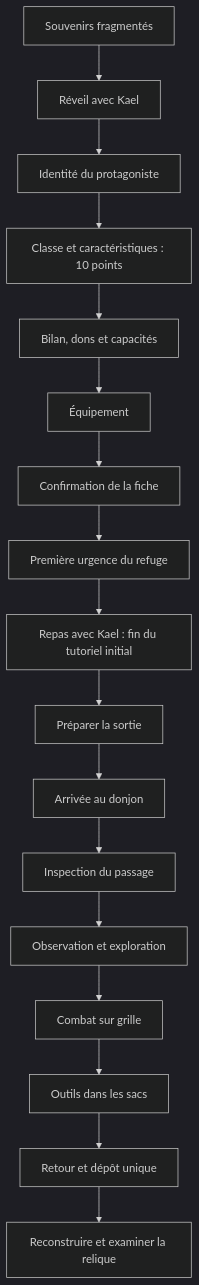
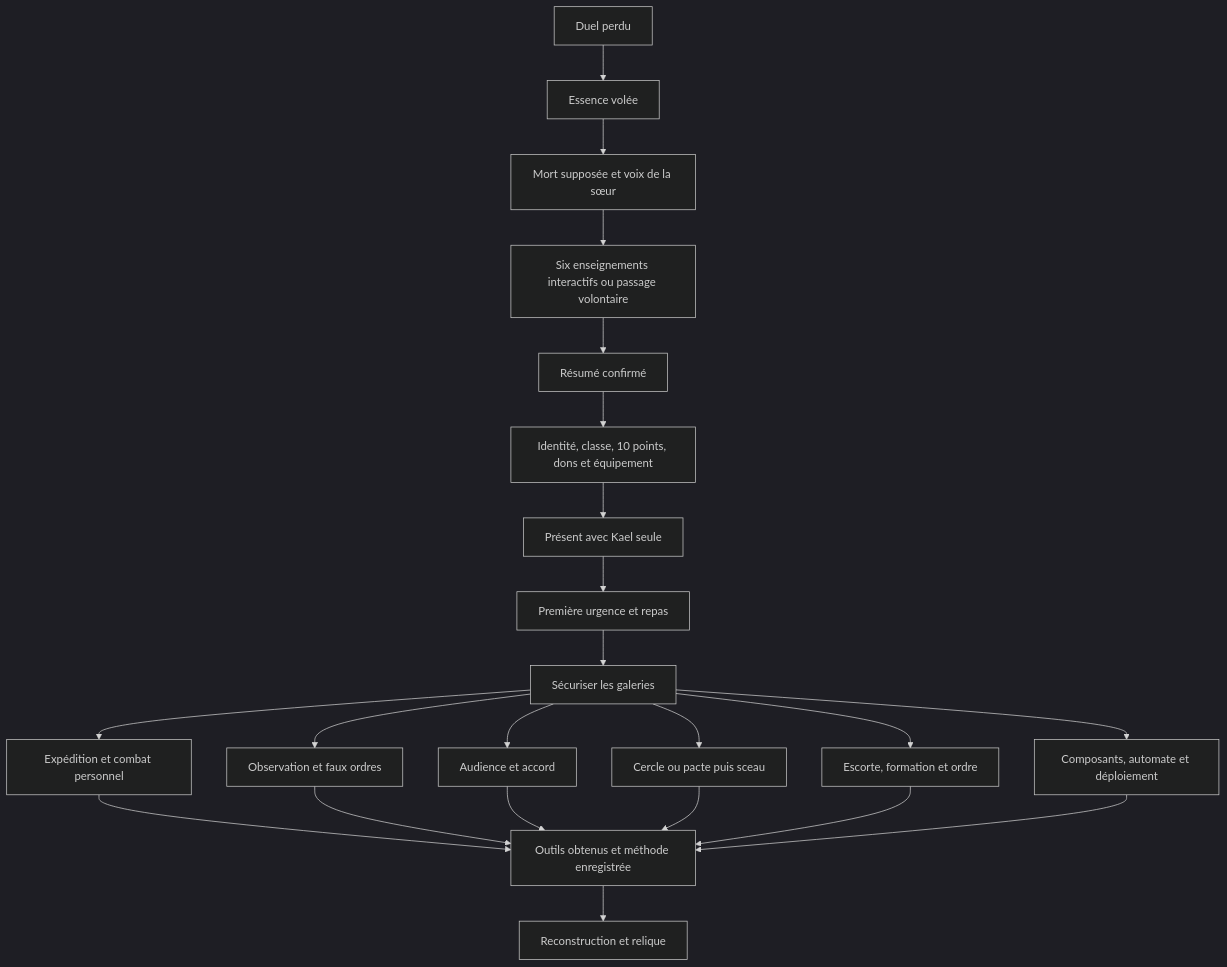
Before and after one commit to Gaetan1303/ForgottenKingdom: the diagram in docs/tutorial/TUTORIAL_FLOW.md, drawn with Mermaid (dark theme). The commit also changed other lines of this file and 69 other files, not shown here.

````diff
--- a/docs/tutorial/TUTORIAL_FLOW.md
+++ b/docs/tutorial/TUTORIAL_FLOW.md
@@ -3,19 +3,24 @@
 ```mermaid
 flowchart TD
-  Intro[Souvenirs fragmentés] --> Kael[Réveil avec Kael]
-  Kael --> Identite[Identité du protagoniste]
-  Identite --> Classe[Classe et caractéristiques : 10 points]
-  Classe --> Synthese[Bilan, dons et capacités]
-  Synthese --> Equipement[Équipement]
-  Equipement --> Validation[Confirmation de la fiche]
-  Validation --> Domaine[Première urgence du refuge]
-  Domaine --> Repas[Repas avec Kael : fin du tutoriel initial]
-  Repas --> Equipe[Préparer la sortie]
-  Equipe --> Arrivee[Arrivée au donjon]
-  Arrivee --> Inspection[Inspection du passage]
-  Inspection --> Exploration[Observation et exploration]
-  Exploration --> Combat[Combat sur grille]
-  Combat --> Butin[Outils dans les sacs]
-  Butin --> Retour[Retour et dépôt unique]
-  Retour --> Atelier[Reconstruire et examiner la relique]
+  Duel[Duel perdu] --> Essence[Essence volée]
+  Essence --> Mort[Mort supposée et voix de la sœur]
+  Mort --> Souvenirs[Six enseignements interactifs ou passage volontaire]
+  Souvenirs --> Resume[Résumé confirmé]
+  Resume --> Creation[Identité, classe, 10 points, dons et équipement]
+  Creation --> Present[Présent avec Kael seule]
+  Present --> Refuge[Première urgence et repas]
+  Refuge --> Objectif[Sécuriser les galeries]
+  Objectif --> Combat[Expédition et combat personnel]
+  Objectif --> Renseignement[Observation et faux ordres]
+  Objectif --> Parole[Audience et accord]
+  Objectif --> Occulte[Cercle ou pacte puis sceau]
+  Objectif --> Commandement[Escorte, formation et ordre]
+  Objectif --> Artisanat[Composants, automate et déploiement]
+  Combat --> Outils[Outils obtenus et méthode enregistrée]
+  Renseignement --> Outils
+  Parole --> Outils
+  Occulte --> Outils
+  Commandement --> Outils
+  Artisanat --> Outils
+  Outils --> Atelier[Reconstruction et relique]
 ```
````
